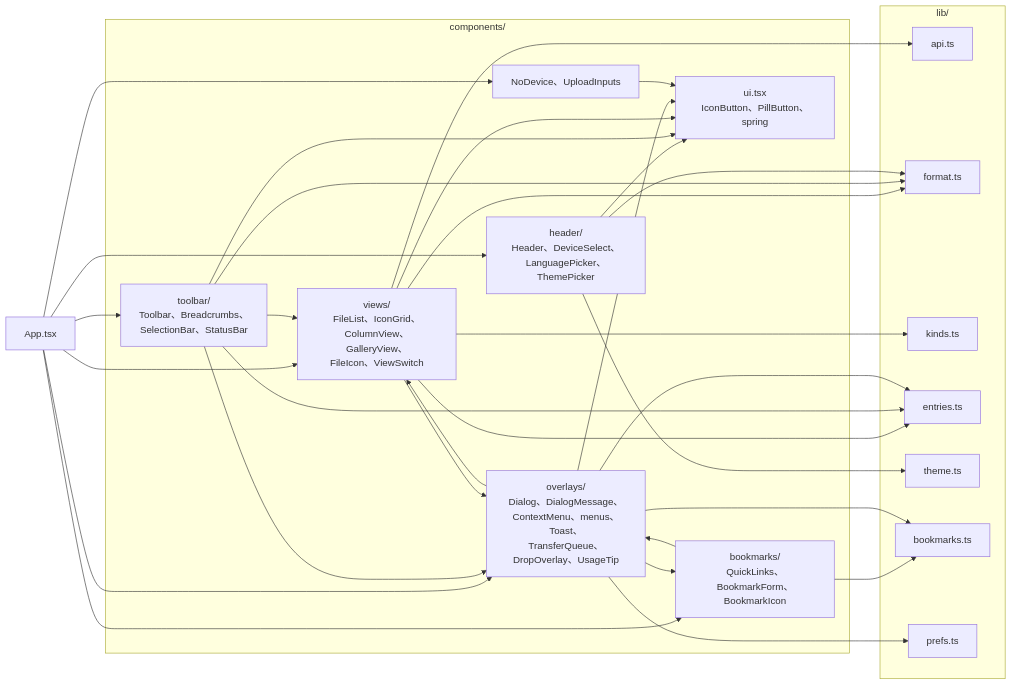
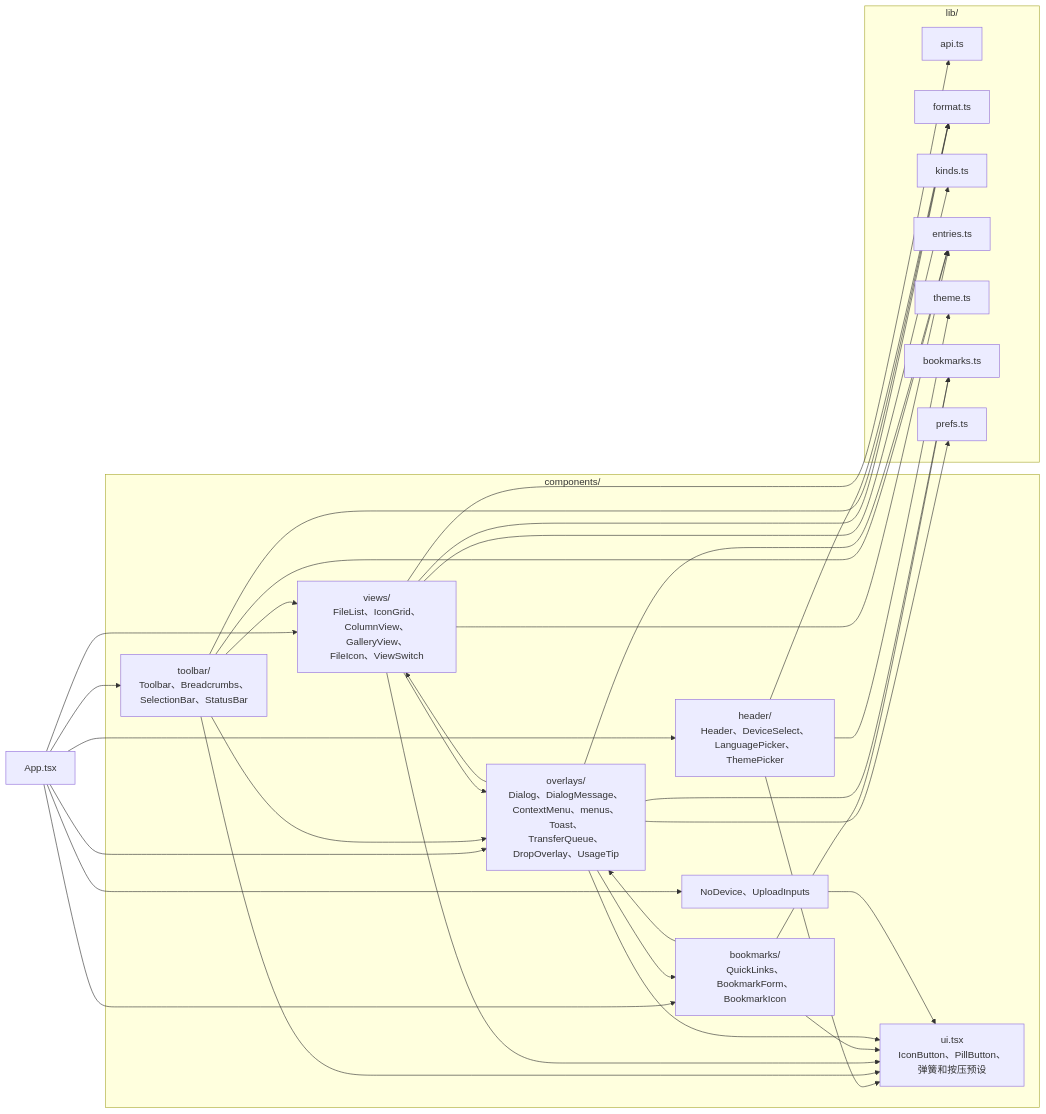
Before and after one commit to wynnyu/adb-file-manager: the seventh of 10 diagrams in docs/architecture.md, drawn with Mermaid.

Commit message:
Show the bookmark components depending on ui.tsx in the architecture diagram

````diff
--- a/docs/architecture.md
+++ b/docs/architecture.md
@@ -250,37 +250,37 @@
 ```mermaid
 flowchart LR
   App["App.tsx"]
   subgraph comps["components/"]
     header["header/<br/>Header、DeviceSelect、<br/>LanguagePicker、ThemePicker"]
     toolbar["toolbar/<br/>Toolbar、Breadcrumbs、<br/>SelectionBar、StatusBar"]
     views["views/<br/>FileList、IconGrid、<br/>ColumnView、GalleryView、<br/>FileIcon、ViewSwitch"]
     bm["bookmarks/<br/>QuickLinks、BookmarkForm、<br/>BookmarkIcon"]
     overlays["overlays/<br/>Dialog、DialogMessage、<br/>ContextMenu、menus、Toast、<br/>TransferQueue、DropOverlay、UsageTip"]
     misc["NoDevice、UploadInputs"]
-    ui["ui.tsx<br/>IconButton、PillButton、spring"]
+    ui["ui.tsx<br/>IconButton、PillButton、<br/>弹簧和按压预设"]
   end
   subgraph lib["lib/"]
     api["api.ts"]
     format["format.ts"]
     kinds["kinds.ts"]
     entries["entries.ts"]
     theme["theme.ts"]
     bookmarksLib["bookmarks.ts"]
     prefs["prefs.ts"]
   end
 
   App --> header & toolbar & views & bm & overlays & misc
-  header & toolbar & views & overlays & misc --> ui
+  header & toolbar & views & bm & overlays & misc --> ui
   toolbar --> views
   toolbar --> overlays
   views --> overlays
   overlays --> bm
   overlays --> views
   bm --> overlays
   views --> api
   views --> format & kinds & entries
   toolbar --> format & entries
   header --> format & theme
   bm --> bookmarksLib
   overlays --> bookmarksLib & entries & prefs
 ```
````
